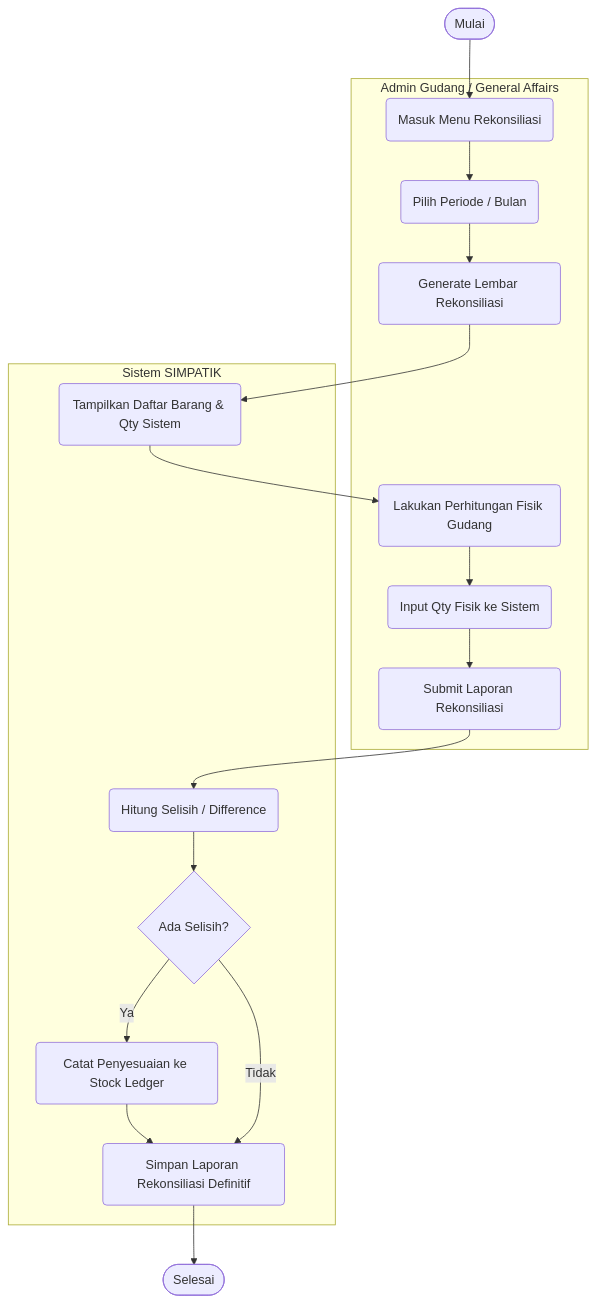
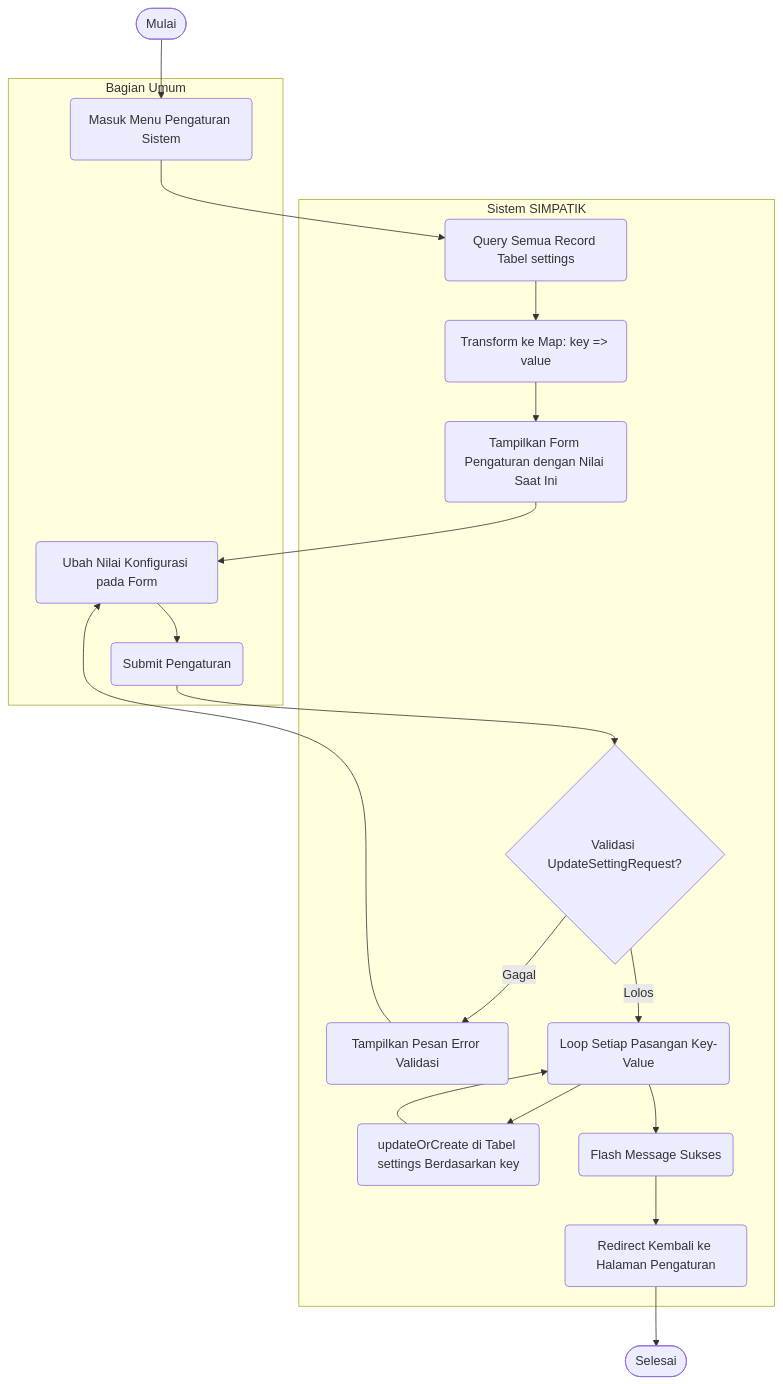
The sixth of 14 diagrams in laporan_activity_diagram.md (wahyu2021/SIMPATIK), drawn with Mermaid before and after one commit. The commit also changed other lines of this file and 5 other files, not shown here.

````diff
--- a/laporan_activity_diagram.md
+++ b/laporan_activity_diagram.md
@@ -257,38 +303,41 @@
 ```mermaid
 flowchart TD
     Start([Mulai])
     End([Selesai])
 
-    subgraph Checker [Admin Gudang / General Affairs]
-        A(Masuk Menu Rekonsiliasi)
-        B(Pilih Periode / Bulan)
-        C(Generate Lembar Rekonsiliasi)
-        E(Lakukan Perhitungan Fisik Gudang)
-        F(Input Qty Fisik ke Sistem)
-        G(Submit Laporan Rekonsiliasi)
+    subgraph BagianUmum [Bagian Umum]
+        A(Masuk Menu Pengaturan Sistem)
+        B(Ubah Nilai Konfigurasi pada Form)
+        C(Submit Pengaturan)
     end
 
     subgraph Sistem [Sistem SIMPATIK]
-        D(Tampilkan Daftar Barang & Qty Sistem)
-        H(Hitung Selisih / Difference)
-        I{Ada Selisih?}
-        J(Catat Penyesuaian ke Stock Ledger)
-        K(Simpan Laporan Rekonsiliasi Definitif)
+        D(Query Semua Record Tabel settings)
+        E(Transform ke Map: key => value)
+        F(Tampilkan Form Pengaturan dengan Nilai Saat Ini)
+        G{Validasi UpdateSettingRequest?}
+        H(Tampilkan Pesan Error Validasi)
+        I(Loop Setiap Pasangan Key-Value)
+        J(updateOrCreate di Tabel settings Berdasarkan key)
+        K(Flash Message Sukses)
+        L(Redirect Kembali ke Halaman Pengaturan)
     end
 
     Start --> A
-    A --> B
-    B --> C
-    C --> D
+    A --> D
     D --> E
     E --> F
-    F --> G
-    G --> H
-    H --> I
-    
-    I -- Ya --> J
-    J --> K
-    I -- Tidak --> K
-    
-    K --> End
+    F --> B
+    B --> C
+    C --> G
+
+    G -- Gagal --> H
+    H --> B
+
+    G -- Lolos --> I
+    I --> J
+    J --> I
+    I --> K
+    K --> L
+    L --> End
 ```
````
